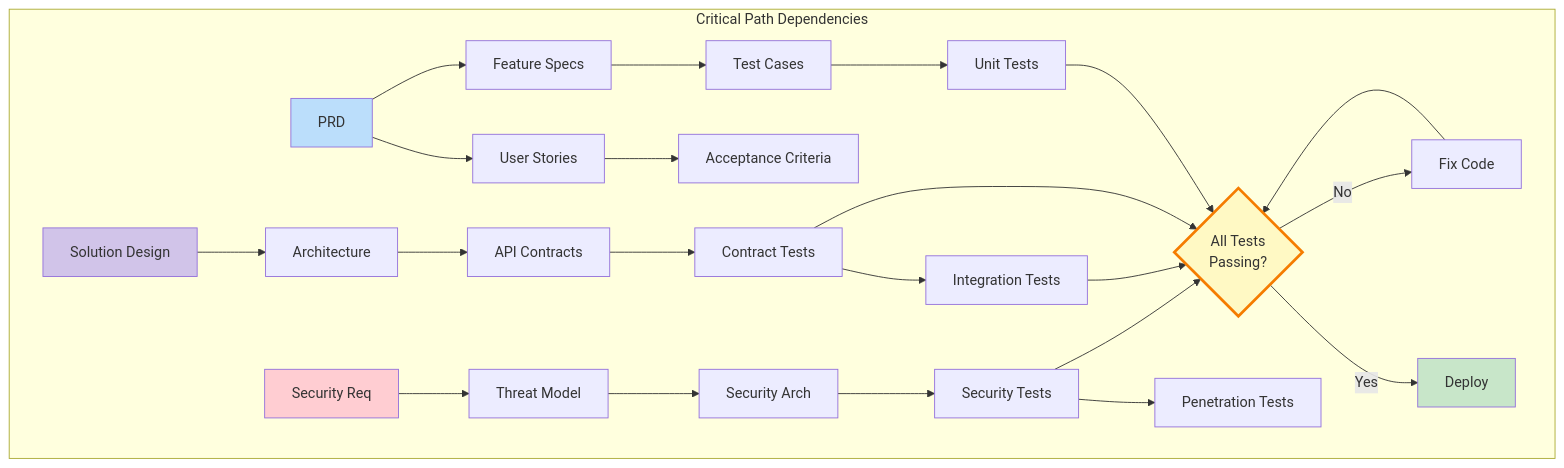
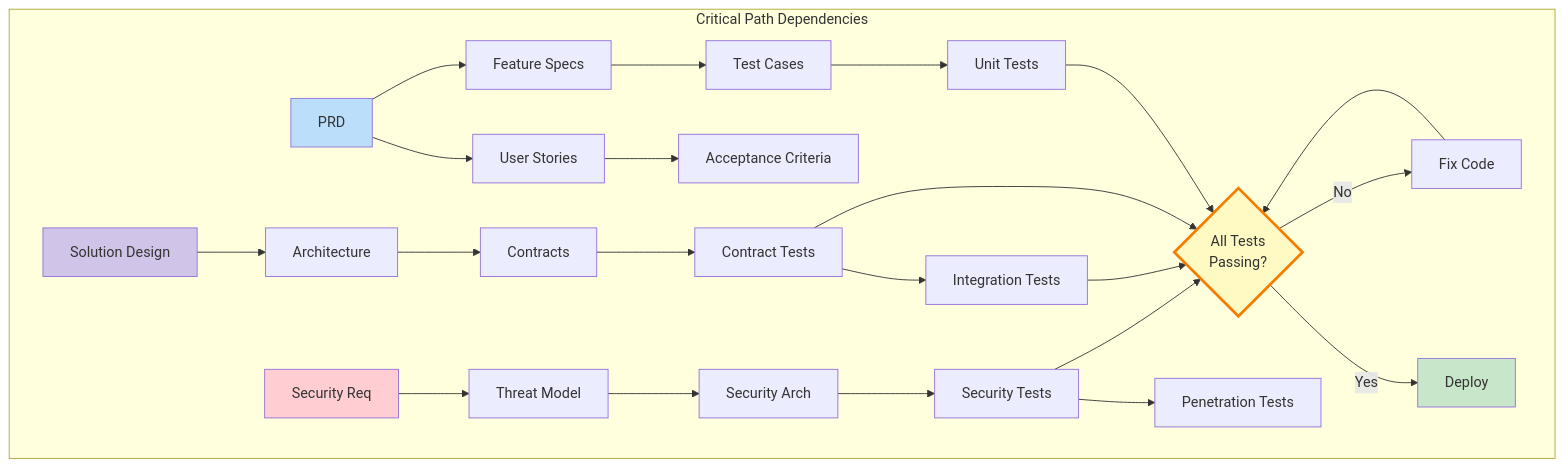
One commit to easel/helix changed the second of 6 diagrams in workflows/diagrams/artifact-flow.md. Above: the diagram before and after it, drawn with Mermaid. The commit also changed other lines of this file and 1 other file, not shown here.

````diff
--- a/workflows/diagrams/artifact-flow.md
+++ b/workflows/diagrams/artifact-flow.md
@@ -113,37 +113,37 @@
 ```mermaid
 graph TD
     subgraph "Critical Path Dependencies"
         PRD[PRD] --> US[User Stories]
         PRD --> FS[Feature Specs]
         US --> AC[Acceptance Criteria]
         FS --> TC[Test Cases]
 
         SD[Solution Design] --> AD[Architecture]
-        AD --> API[API Contracts]
+        AD --> API[Contracts]
         API --> CT[Contract Tests]
 
         SR[Security Req] --> TM[Threat Model]
         TM --> SA[Security Arch]
         SA --> ST[Security Tests]
 
         TC --> UT[Unit Tests]
         CT --> IT[Integration Tests]
         ST --> PT[Penetration Tests]
 
         AllTests{All Tests<br/>Passing?}
         UT --> AllTests
         IT --> AllTests
         CT --> AllTests
         ST --> AllTests
 
         AllTests -->|Yes| Deploy[Deploy]
         AllTests -->|No| Fix[Fix Code]
         Fix --> AllTests
     end
 
     style PRD fill:#bbdefb
     style SD fill:#d1c4e9
     style SR fill:#ffcdd2
     style AllTests fill:#fff9c4,stroke:#f57c00,stroke-width:3px
     style Deploy fill:#c8e6c9
 ```
````
